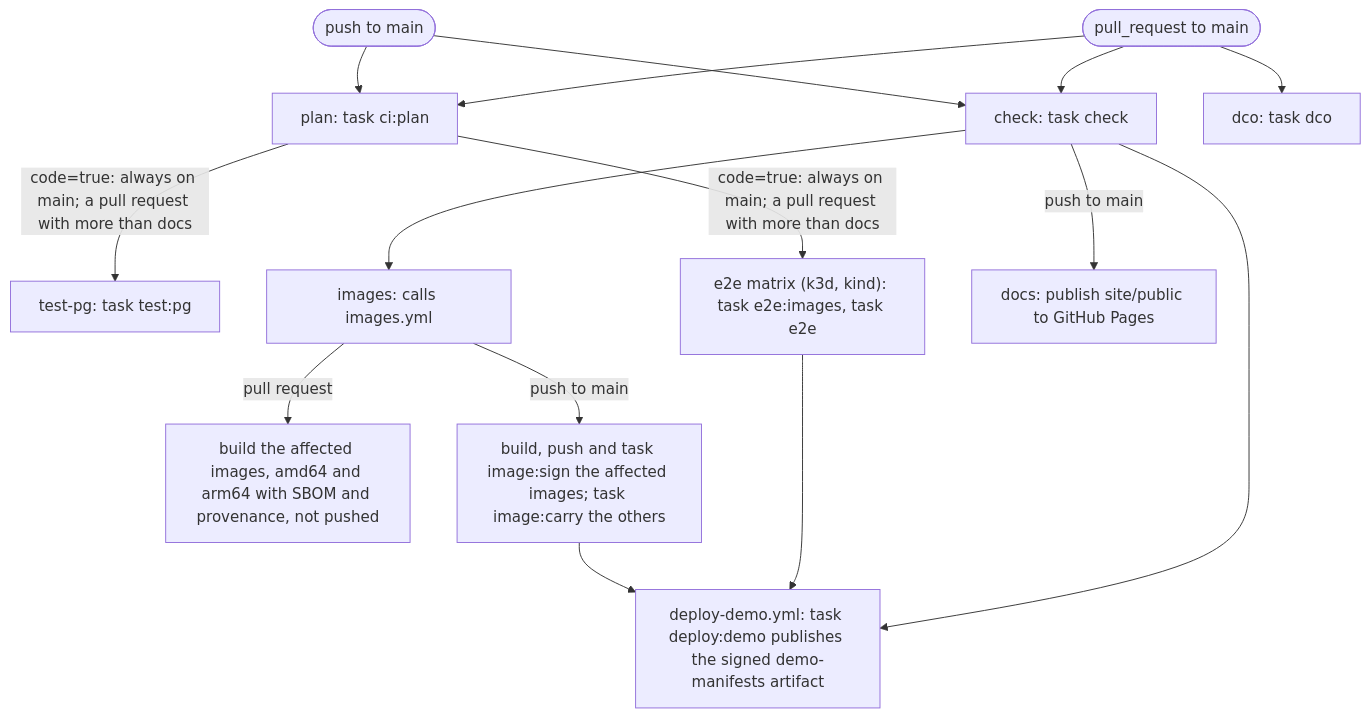
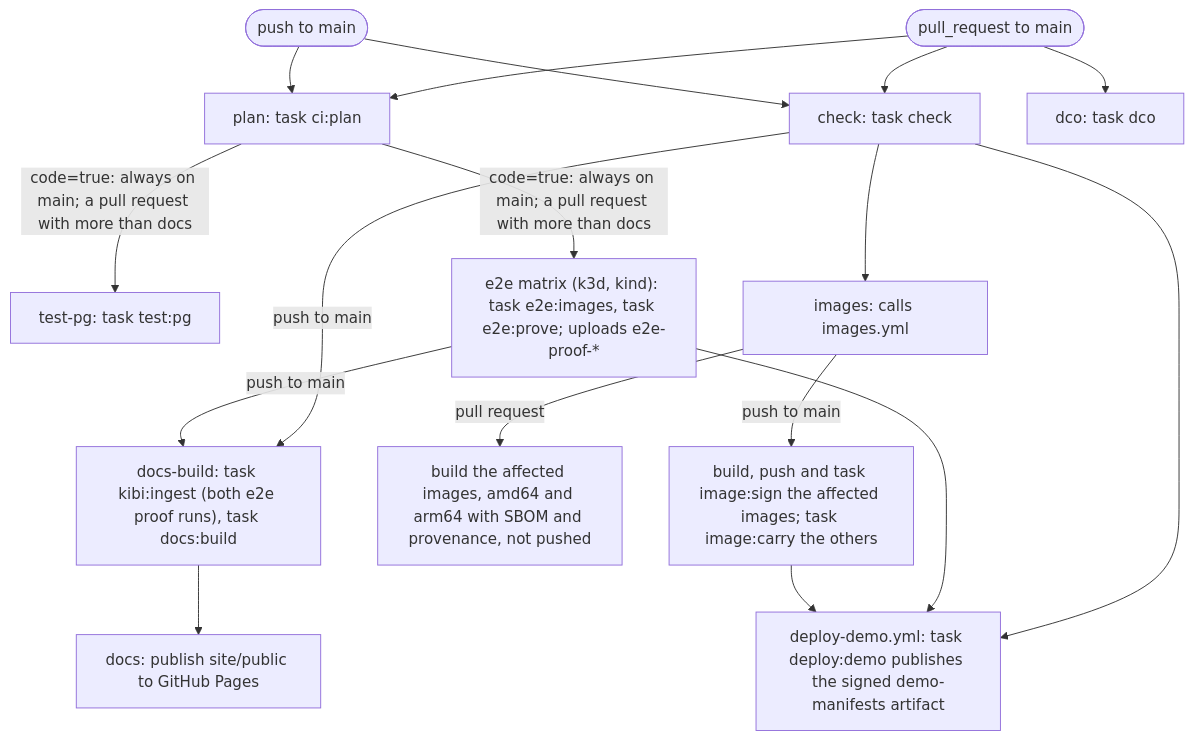
One commit to arkadiuss/openfief changed the third of 5 diagrams in docs/dev/pipeline.md. Above: the diagram before and after it, drawn with Mermaid. The commit also changed other lines of this file and 22 other files, not shown here.

````diff
--- a/docs/dev/pipeline.md
+++ b/docs/dev/pipeline.md
@@ -187,16 +188,17 @@
 ```mermaid
 flowchart TD
   pr(["pull_request to main"])
   push(["push to main"])
   pr --> plan & check & dco
   push --> plan & check
   plan["plan: task ci:plan"] -->|"code=true: always on main; a pull request with more than docs"| testpg & e2e
   check["check: task check"] --> images["images: calls images.yml"]
-  check -->|"push to main"| docsjob["docs: publish site/public to GitHub Pages"]
+  check & e2e -->|"push to main"| docsbuild["docs-build: task kibi:ingest (both e2e proof runs), task docs:build"]
+  docsbuild --> docsjob["docs: publish site/public to GitHub Pages"]
   testpg["test-pg: task test:pg"]
   dco["dco: task dco"]
-  e2e["e2e matrix (k3d, kind): task e2e:images, task e2e"]
+  e2e["e2e matrix (k3d, kind): task e2e:images, task e2e:prove; uploads e2e-proof-*"]
   images -->|"pull request"| build["build the affected images, amd64 and arm64 with SBOM and provenance, not pushed"]
   images -->|"push to main"| pub["build, push and task image:sign the affected images; task image:carry the others"]
   check & e2e & pub --> demo["deploy-demo.yml: task deploy:demo publishes the signed demo-manifests artifact"]
 ```
````
